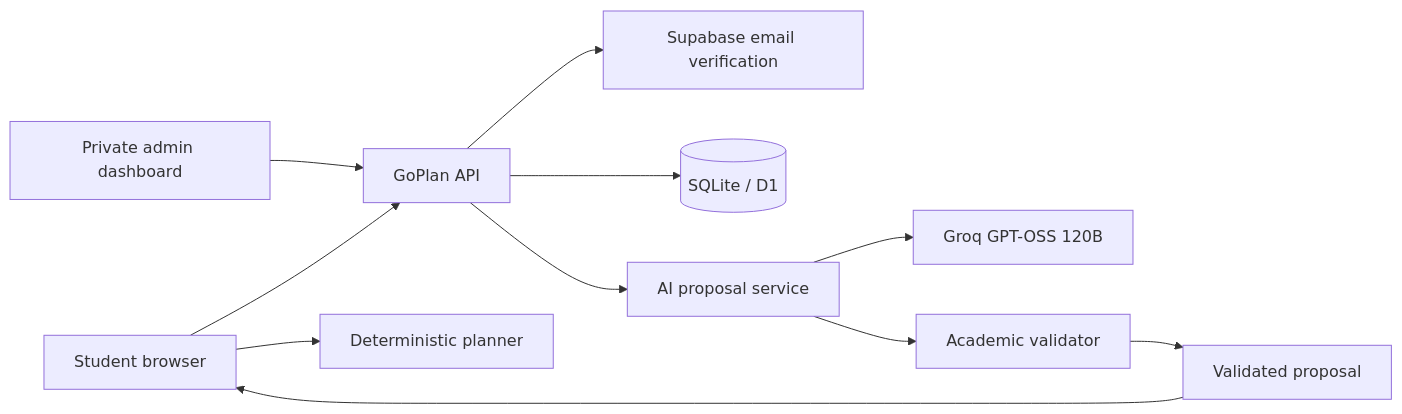
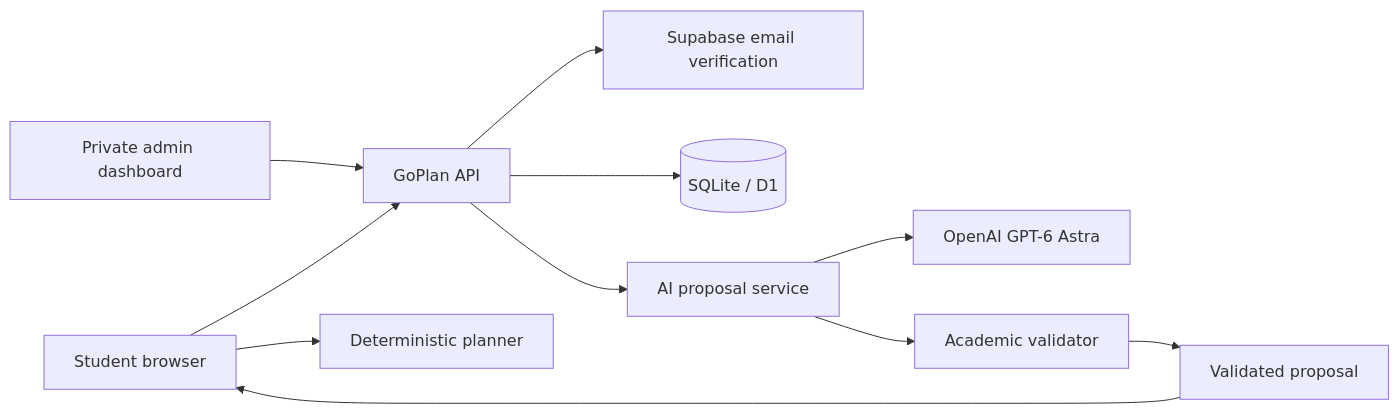
The diagram in docs/ARCHITECTURE.md (soulaymanealahiane/GoPlan), drawn with Mermaid before and after one commit. The commit also changed other lines of this file and 38 other files, not shown here.

Commit message:
Migrate GoPlan advice and sourced research to OpenAI GPT-6 Astra

````diff
--- a/docs/ARCHITECTURE.md
+++ b/docs/ARCHITECTURE.md
@@ -3,13 +3,13 @@
 ```mermaid
 flowchart LR
     Student[Student browser] --> API[GoPlan API]
     Admin[Private admin dashboard] --> API
     API --> Auth[Supabase email verification]
     API --> Store[(SQLite / D1)]
     API --> Agent[AI proposal service]
-    Agent --> Model[Groq GPT-OSS 120B]
+    Agent --> Model[OpenAI GPT-6 Astra]
     Agent --> Rules[Academic validator]
     Student --> Scheduler[Deterministic planner]
     Rules --> Proposal[Validated proposal]
     Proposal --> Student
 ```
````
